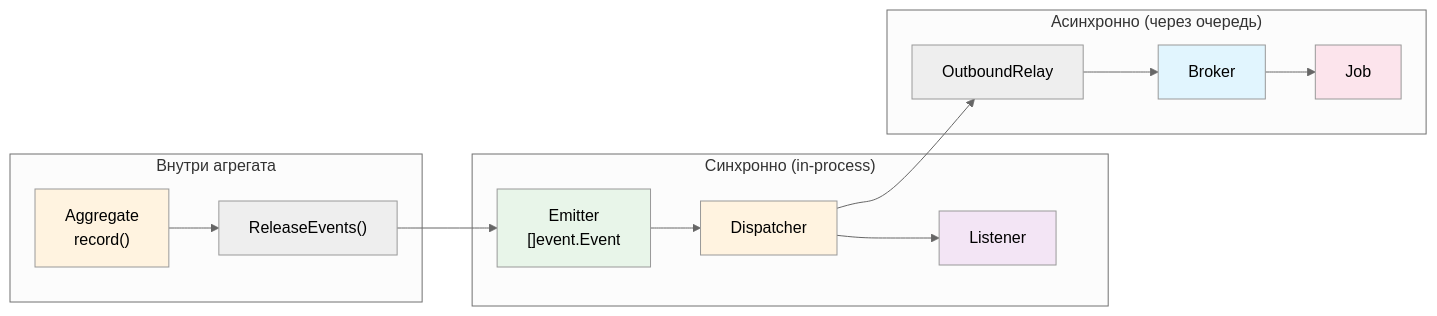
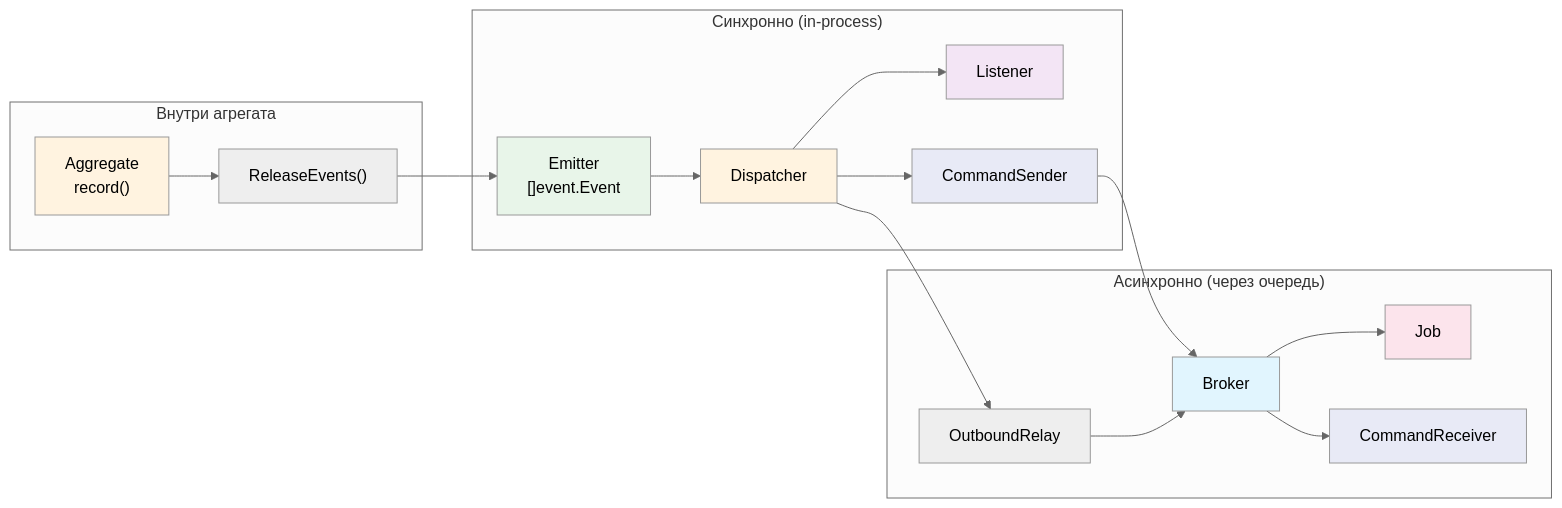
The eighth of 14 diagrams in README.md (shuldan/skeleton), drawn with Mermaid (neutral theme) before and after one commit. The commit also changed other lines of this file, not shown here.

````diff
--- a/README.md
+++ b/README.md
@@ -822,25 +930,30 @@
 ```mermaid
 graph LR
     subgraph "Внутри агрегата"
         AGG["Aggregate<br/>record()"] --> REL["ReleaseEvents()"]
     end
 
     subgraph "Синхронно (in-process)"
         REL --> EM["Emitter<br/>[]event.Event"]
         EM --> DISP["Dispatcher"]
         DISP --> LST["Listener"]
+        DISP --> CMDSND["CommandSender"]
     end
 
     subgraph "Асинхронно (через очередь)"
         DISP --> RLY["OutboundRelay"]
-        RLY --> BRK["Broker"]
+        CMDSND --> BRK["Broker"]
+        RLY --> BRK
         BRK --> JOB["Job"]
+        BRK --> CMDRCV["CommandReceiver"]
     end
 
     style AGG fill:#fff3e0
     style EM fill:#e8f5e9
     style DISP fill:#fff3e0
     style LST fill:#f3e5f5
     style BRK fill:#e1f5fe
     style JOB fill:#fce4ec
+    style CMDSND fill:#e8eaf6
+    style CMDRCV fill:#e8eaf6
 ```
````
